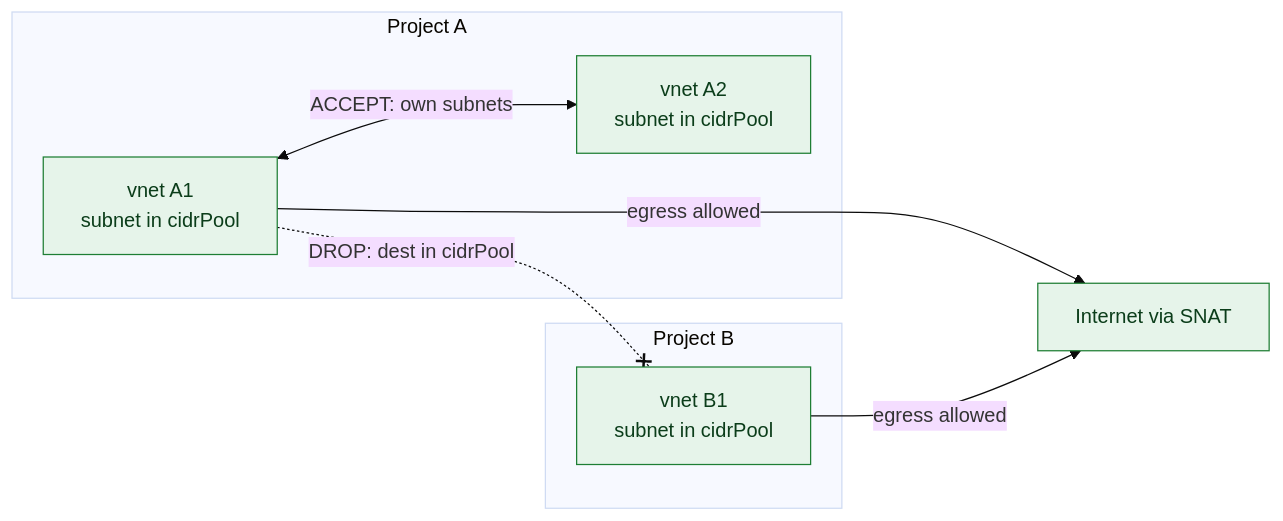
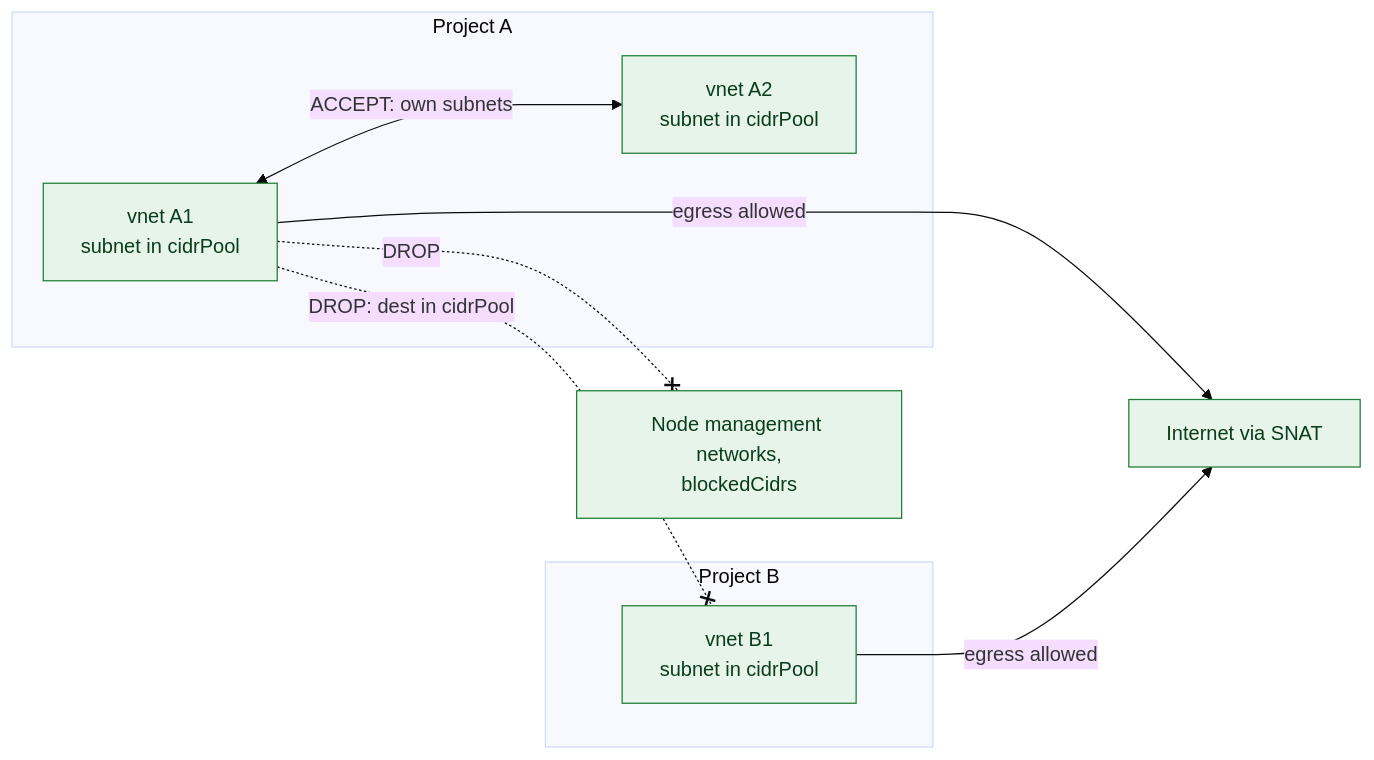
Before and after one commit to mutex-solutions/proxcloud: the first of 7 diagrams in docs/architecture/c4/c4-code.md, drawn with Mermaid (base theme). The commit also changed other lines of this file and 33 other files, not shown here.

````diff
--- a/docs/architecture/c4/c4-code.md
+++ b/docs/architecture/c4/c4-code.md
@@ -50,18 +60,21 @@
 ```mermaid
 flowchart LR
   classDef impl fill:#e6f4ea,stroke:#1e7e34,color:#0b3d1a
 
   subgraph pa["Project A"]
     va1["vnet A1<br/>subnet in cidrPool"]:::impl
     va2["vnet A2<br/>subnet in cidrPool"]:::impl
   end
   subgraph pb["Project B"]
     vb1["vnet B1<br/>subnet in cidrPool"]:::impl
   end
   inet["Internet via SNAT"]:::impl
 
+  mgmt["Node management networks,<br/>blockedCidrs"]:::impl
+
   va1 <-->|"ACCEPT: own subnets"| va2
   va1 -.-x|"DROP: dest in cidrPool"| vb1
+  va1 -.-x|"DROP"| mgmt
   va1 -->|"egress allowed"| inet
   vb1 -->|"egress allowed"| inet
 ```
````
